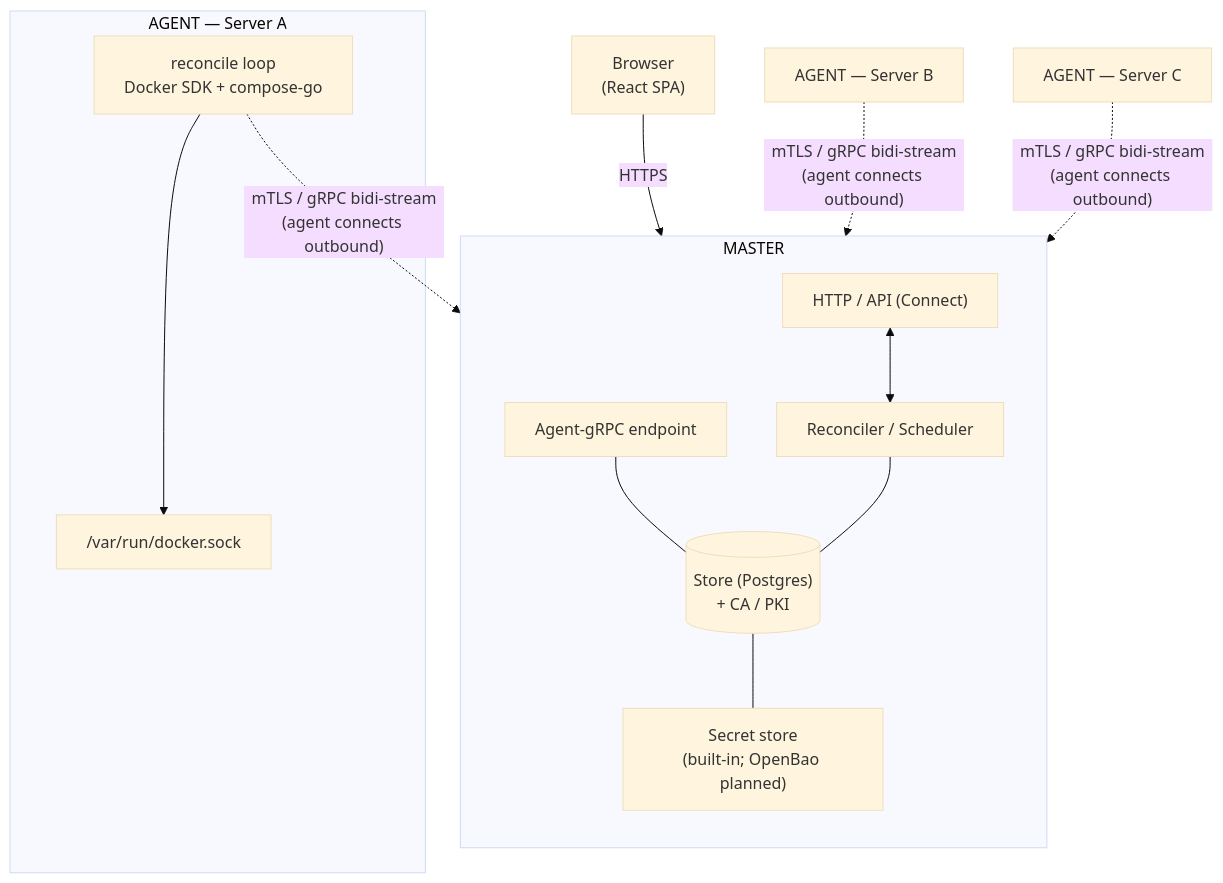
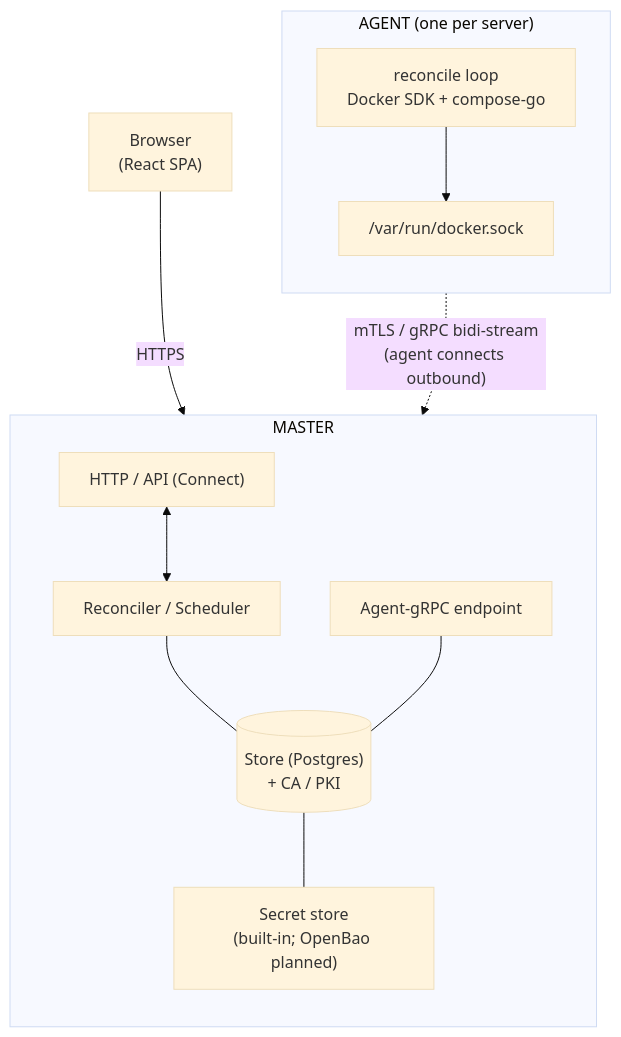
Before and after one commit to heckertobias/orkestra: the diagram in docs/00-overview.md, drawn with Mermaid (base theme). The commit also changed other lines of this file and 3 other files, not shown here.

First line of the commit message:
docs: SVG UI-layout wireframe, balanced arch diagram, data-model ER

````diff
--- a/docs/00-overview.md
+++ b/docs/00-overview.md
@@ -19,29 +19,27 @@
 ```mermaid
 flowchart TB
   Browser["Browser<br/>(React SPA)"]
 
   subgraph Master["MASTER"]
     direction TB
     API["HTTP / API (Connect)"]
     REC["Reconciler / Scheduler"]
     GW["Agent-gRPC endpoint"]
     STORE[("Store (Postgres)<br/>+ CA / PKI")]
     SEC["Secret store<br/>(built-in; OpenBao planned)"]
     API <--> REC
+    REC --- STORE
     GW --- STORE
-    REC --- STORE
     STORE --- SEC
   end
 
+  subgraph Agent["AGENT (one per server)"]
+    direction TB
+    RL["reconcile loop<br/>Docker SDK + compose-go"]
+    SOCK["/var/run/docker.sock"]
+    RL --> SOCK
+  end
+
   Browser -- HTTPS --> API
-
-  subgraph AgentA["AGENT — Server A"]
-    RA["reconcile loop<br/>Docker SDK + compose-go"]
-    SOCK["/var/run/docker.sock"]
-    RA --> SOCK
-  end
-  AgentB["AGENT — Server B"]
-  AgentC["AGENT — Server C"]
-
-  RA & AgentB & AgentC -. "mTLS / gRPC bidi-stream<br/>(agent connects outbound)" .-> GW
+  RL -. "mTLS / gRPC bidi-stream<br/>(agent connects outbound)" .-> GW
 ```
````
